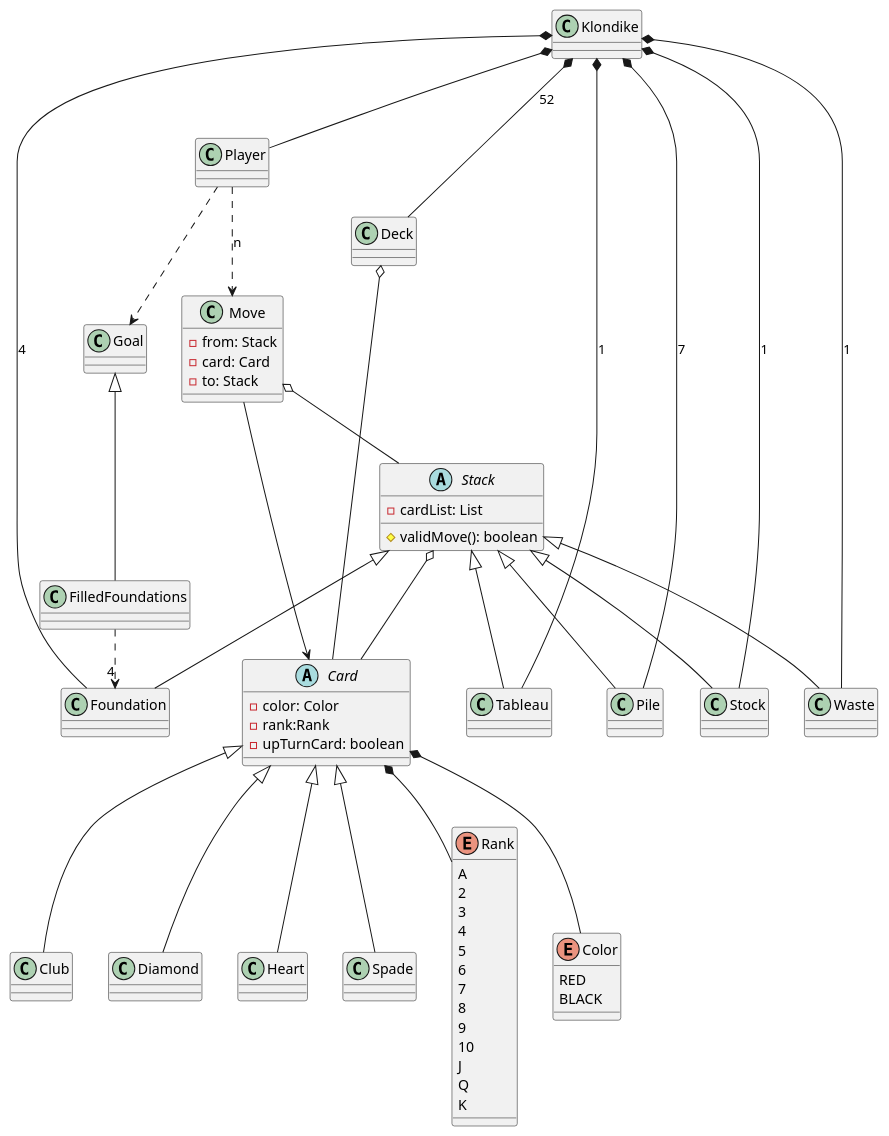
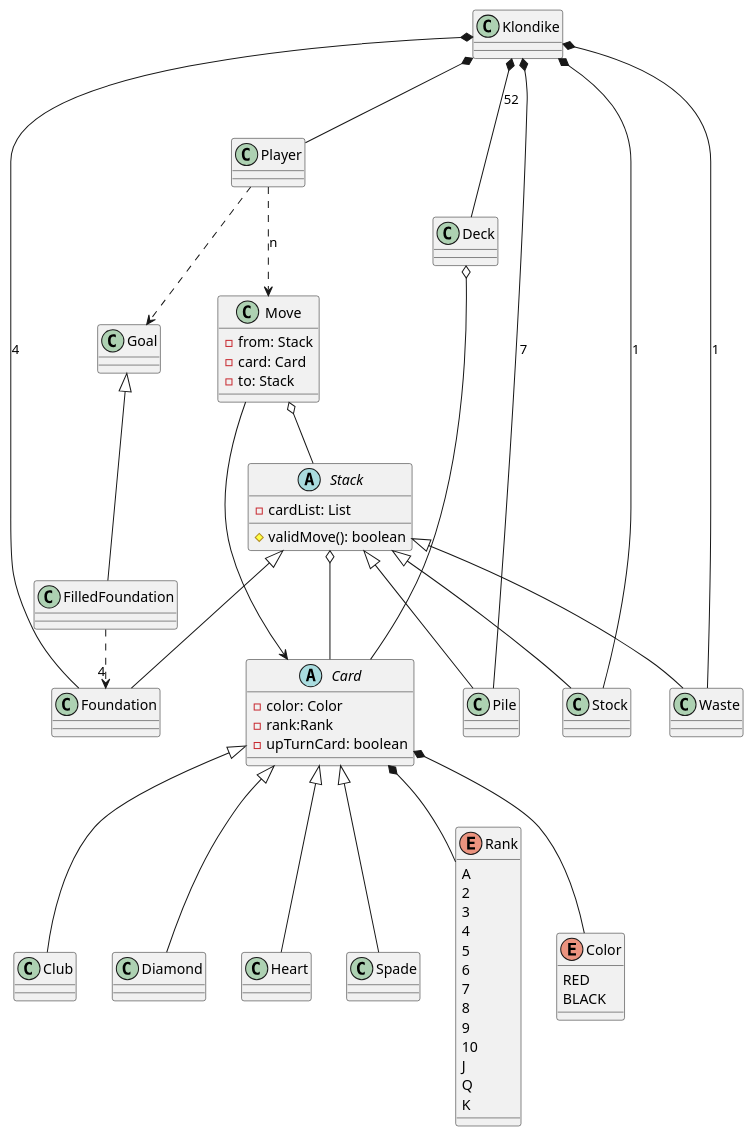
The diagram in klondike/diagrams/clases-diagram.iuml (bvegaM/software_degree), drawn with PlantUML before and after one commit. The commit also changed 3 other files, not shown here.

Commit message:
add initial state diagram

```diff
--- a/klondike/diagrams/clases-diagram.iuml
+++ b/klondike/diagrams/clases-diagram.iuml
@@ -1,93 +1,92 @@
 @startuml klondike
 
 'clases'
 class Klondike
 class Player
 class Pile
-class Tableau
 class Foundation
 class Waste
 class Stock
 class Move{
     - from: Stack
     - card: Card
     - to: Stack
 }
 class Goal
 class Pile
 class Deck
 class Club
 class Diamond
 class Heart
 class Spade
+class FilledFoundation
 
 'absract clases'
 abstract Stack{
     - cardList: List
     # validMove(): boolean
 }
 abstract Card{
     - color: Color
     - rank:Rank
     - upTurnCard: boolean
 }
 
 'enum clases'
 enum Rank{
     A
     2
     3
     4
     5
     6
     7
     8
     9
     10
     J
     Q
     K
 }
 enum Color{
     RED
     BLACK
 }
 
 'relations'
 
 Klondike *-down- Player
 Klondike *-down- Foundation: 4
-Klondike *-down- Tableau: 1
 Klondike *-down- Waste: 1
 Klondike *-down- Pile: 7
 Klondike *-down- Stock: 1
 Klondike *-down- Deck: 52
 
 Deck o-- Card
 
-Stack <|-down- Tableau
+
 Stack <|-down- Foundation
 Stack <|-down- Waste
 Stack <|-down- Stock
 Stack <|-down- Pile
 Stack o-down- Card
 
 Move o-down- Stack
 Move -down-> Card
 
 Player .down.> Move: n
 Player .down.> Goal
 
-Goal <|-down- FilledFoundations
-FilledFoundations .right.> "4" Foundation
+Goal <|-down- FilledFoundation
+FilledFoundation .right.> "4" Foundation
 
 
 Card <|-down- Club
 Card <|-down- Diamond
 Card <|-down- Heart
 Card <|-down- Spade
 Card *-down- Rank
 Card *-down- Color
 
 
 @enduml
```
